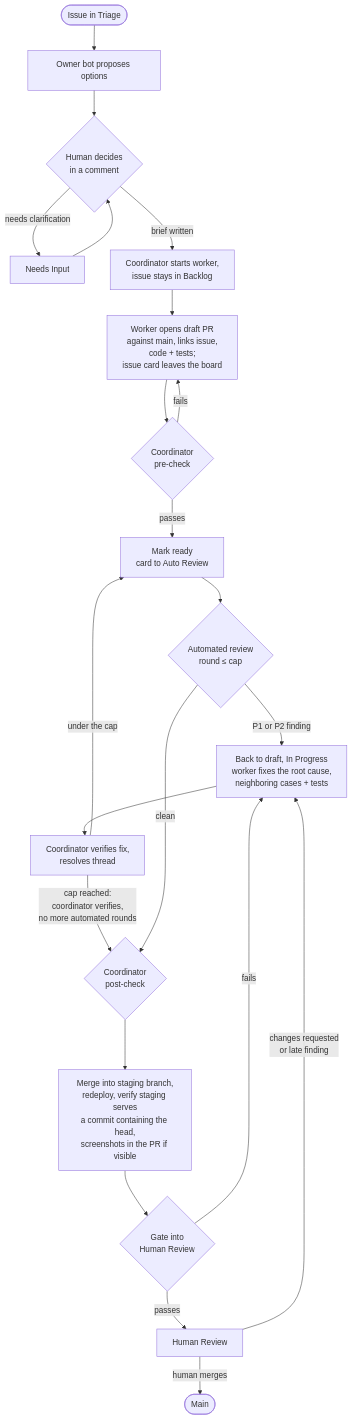
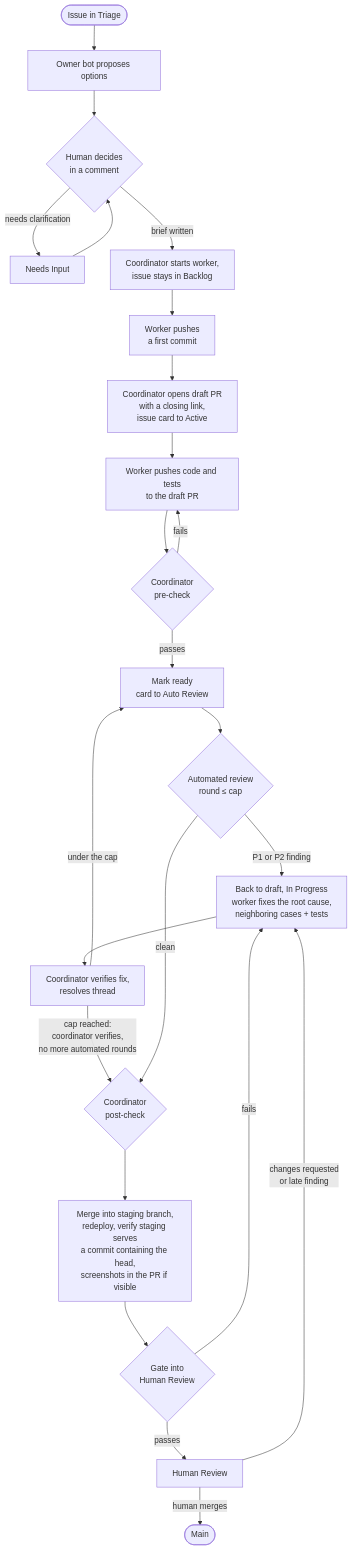
Before and after one commit to tangentcode/methodology: the diagram in diagrams-src/loop.mmd, drawn with Mermaid. The commit also changed 11 other files, not shown here.

First line of the commit message:
Board: Active requires a swarm assignment and a real link (#32)

```diff
--- a/diagrams-src/loop.mmd
+++ b/diagrams-src/loop.mmd
@@ -1,22 +1,24 @@
 flowchart TD
     A([Issue in Triage]) --> B[Owner bot proposes options]
     B --> C{Human decides<br/>in a comment}
     C -->|needs clarification| NI[Needs Input]
     NI --> C
     C -->|brief written| D[Coordinator starts worker,<br/>issue stays in Backlog]
-    D --> E[Worker opens draft PR<br/>against main, links issue,<br/>code + tests;<br/>issue card leaves the board]
+    D --> D2[Worker pushes<br/>a first commit]
+    D2 --> D3[Coordinator opens draft PR<br/>with a closing link,<br/>issue card to Active]
+    D3 --> E[Worker pushes code and tests<br/>to the draft PR]
     E --> F{Coordinator<br/>pre-check}
     F -->|fails| E
     F -->|passes| G[Mark ready<br/>card to Auto Review]
     G --> H{Automated review<br/>round ≤ cap}
     H -->|P1 or P2 finding| I[Back to draft, In Progress<br/>worker fixes the root cause,<br/>neighboring cases + tests]
     I --> J[Coordinator verifies fix,<br/>resolves thread]
     J -->|under the cap| G
     J -->|cap reached:<br/>coordinator verifies,<br/>no more automated rounds| K
     H -->|clean| K{Coordinator<br/>post-check}
     K --> L[Merge into staging branch,<br/>redeploy, verify staging serves<br/>a commit containing the head,<br/>screenshots in the PR if visible]
     L --> M{Gate into<br/>Human Review}
     M -->|passes| N[Human Review]
     M -->|fails| I
     N -->|changes requested<br/>or late finding| I
     N -->|human merges| O([Main])
```
